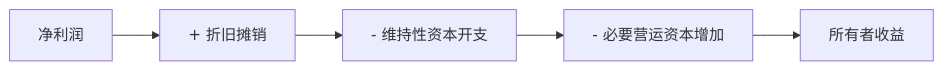
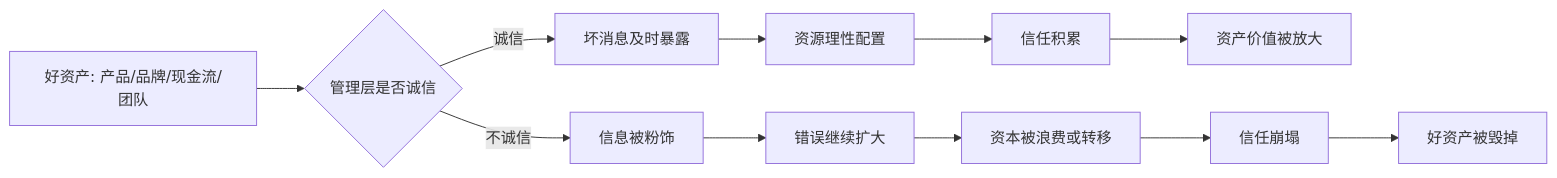
Before and after one commit to digoal/blog: the diagram in 202605/20260519_14.md, drawn with Mermaid. The commit also changed other lines of this file and 51 other files, not shown here.

````diff
--- a/202605/20260519_14.md
+++ b/202605/20260519_14.md
@@ -22,7 +24,14 @@
 ```mermaid
 flowchart LR
-  A["净利润"] --> B["+ 折旧摊销"]
-  B --> C["- 维持性资本开支"]
-  C --> D["- 必要营运资本增加"]
-  D --> E["所有者收益"]
+  A["好资产: 产品/品牌/现金流/团队"] --> B{"管理层是否诚信"}
+  B -- "诚信" --> C["坏消息及时暴露"]
+  C --> D["资源理性配置"]
+  D --> E["信任积累"]
+  E --> F["资产价值被放大"]
+
+  B -- "不诚信" --> G["信息被粉饰"]
+  G --> H["错误继续扩大"]
+  H --> I["资本被浪费或转移"]
+  I --> J["信任崩塌"]
+  J --> K["好资产被毁掉"]
 ```
````
